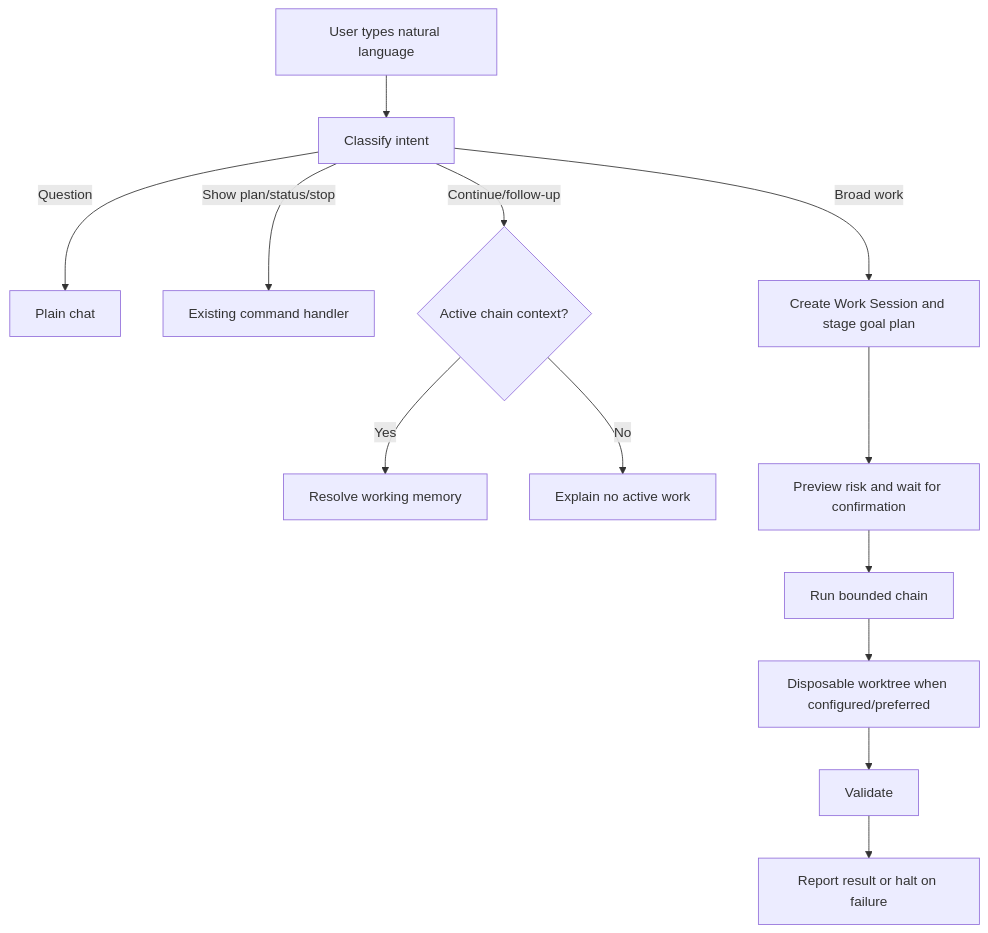
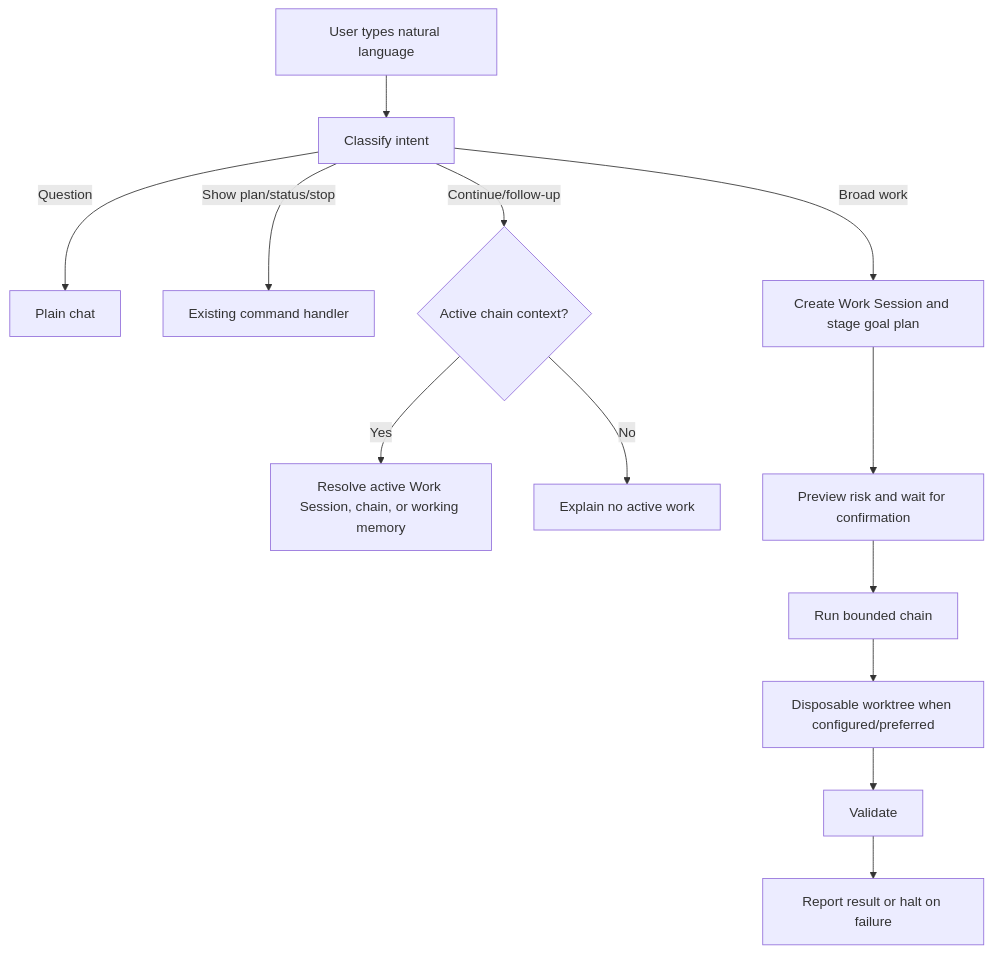
One commit to Keyboard-Lord/Rasputin-Coder changed the third of 7 diagrams in docs/06_MAIN_WORKFLOWS.md. Above: the diagram before and after it, drawn with Mermaid. The commit also changed other lines of this file and 8 other files, not shown here.

````diff
--- a/docs/06_MAIN_WORKFLOWS.md
+++ b/docs/06_MAIN_WORKFLOWS.md
@@ -38,15 +38,15 @@
 ```mermaid
 flowchart TD
     A[User types natural language] --> B[Classify intent]
     B -->|Question| C[Plain chat]
     B -->|Show plan/status/stop| D[Existing command handler]
     B -->|Continue/follow-up| E{Active chain context?}
-    E -->|Yes| F[Resolve working memory]
+    E -->|Yes| F[Resolve active Work Session, chain, or working memory]
     E -->|No| G[Explain no active work]
     B -->|Broad work| H[Create Work Session and stage goal plan]
     H --> I[Preview risk and wait for confirmation]
     I --> J[Run bounded chain]
     J --> K[Disposable worktree when configured/preferred]
     K --> L[Validate]
     L --> M[Report result or halt on failure]
 ```
````
